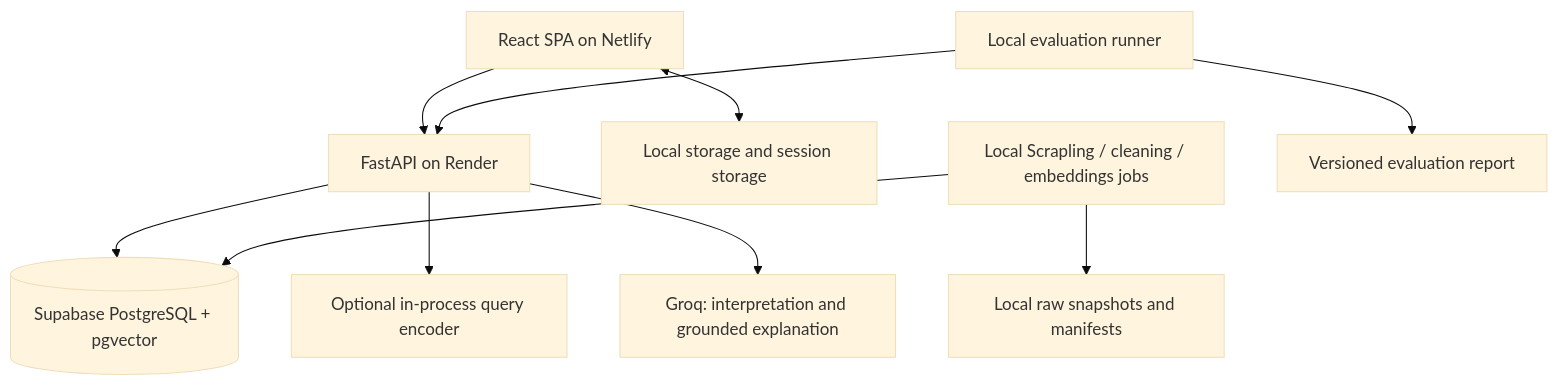
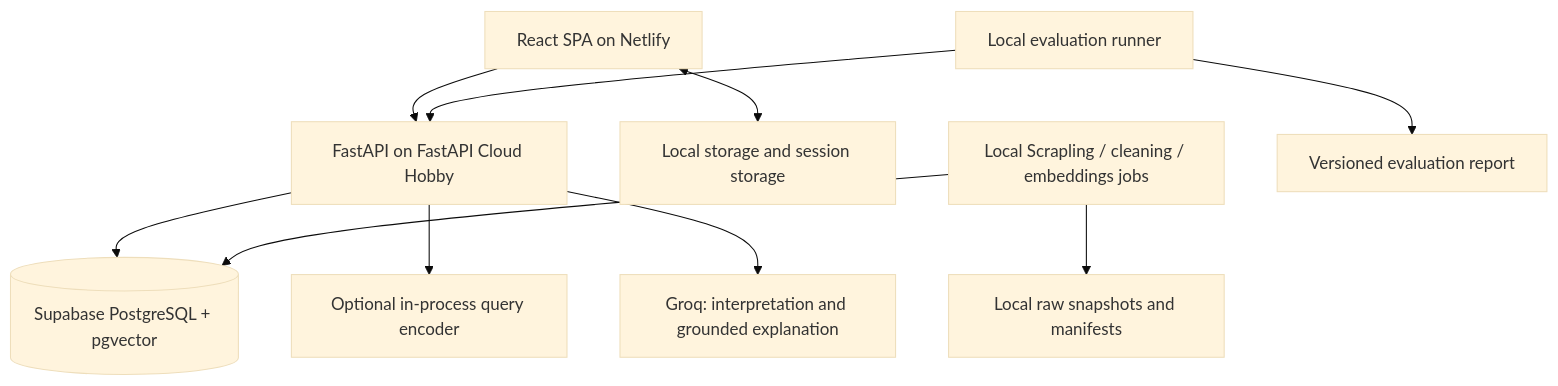
The diagram in IMPLEMENTATION_PLAN.md (MS3B09/Games-Recommendation-System), drawn with Mermaid (base theme) before and after one commit. The commit also changed other lines of this file and 14 other files, not shown here.

Commit message:
Configure FastAPI Cloud deployment

````diff
--- a/IMPLEMENTATION_PLAN.md
+++ b/IMPLEMENTATION_PLAN.md
@@ -82,12 +82,12 @@
 ```mermaid
 flowchart TD
-  Browser[React SPA on Netlify] --> API[FastAPI on Render]
+  Browser[React SPA on Netlify] --> API[FastAPI on FastAPI Cloud Hobby]
   Browser <--> Local[Local storage and session storage]
   API --> DB[(Supabase PostgreSQL + pgvector)]
   API --> Encoder[Optional in-process query encoder]
   API --> LLM[Groq: interpretation and grounded explanation]
   Jobs[Local Scrapling / cleaning / embeddings jobs] --> DB
   Jobs --> Snapshots[Local raw snapshots and manifests]
   Eval[Local evaluation runner] --> API
   Eval --> Report[Versioned evaluation report]
 ```
````
